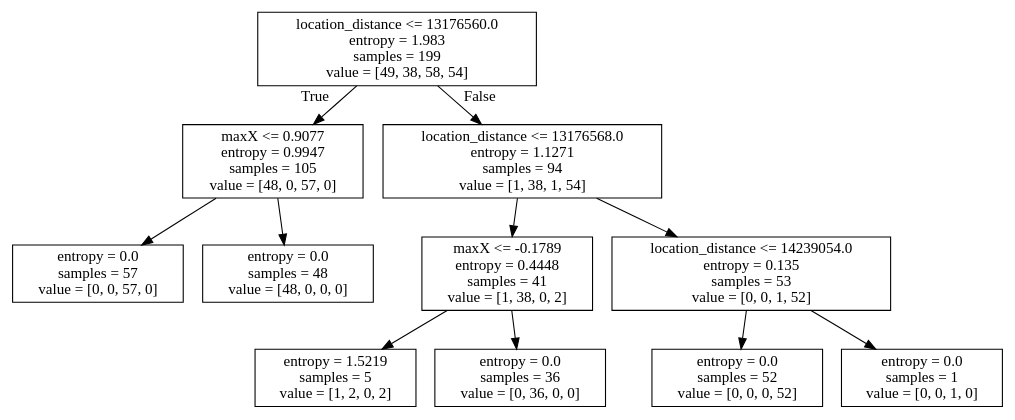
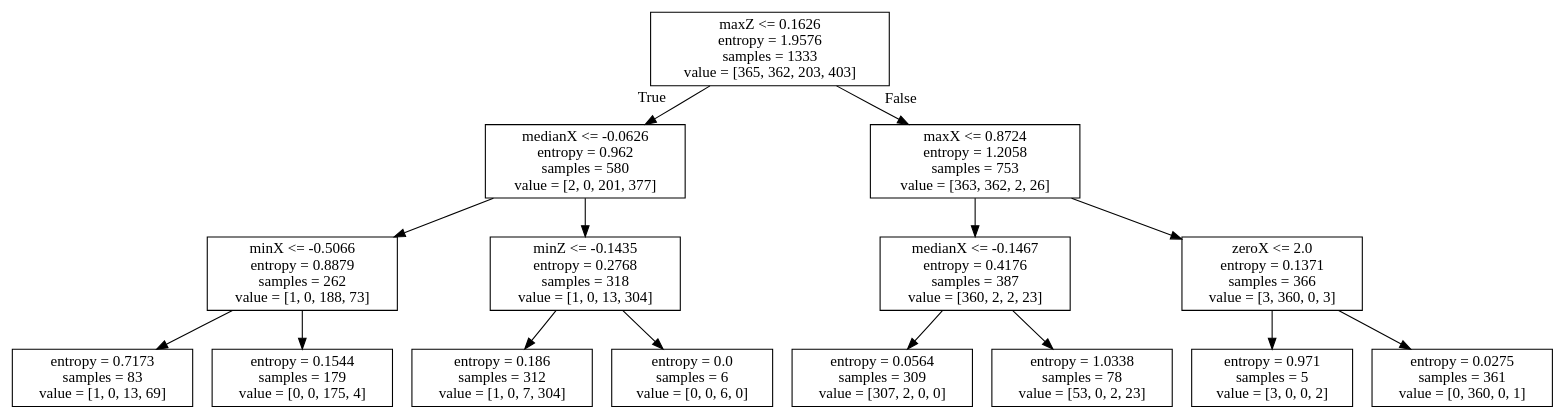
The diagram in tree.dot (juconghe/FinalProject), drawn with Graphviz before and after one commit. The commit also changed 2 other files, not shown here.

```diff
--- a/tree.dot
+++ b/tree.dot
@@ -1,24 +1,32 @@
 digraph Tree {
 node [shape=box] ;
-0 [label="location_distance <= 13176560.0\nentropy = 1.983\nsamples = 199\nvalue = [49, 38, 58, 54]"] ;
-1 [label="maxX <= 0.9077\nentropy = 0.9947\nsamples = 105\nvalue = [48, 0, 57, 0]"] ;
+0 [label="maxZ <= 0.1626\nentropy = 1.9576\nsamples = 1333\nvalue = [365, 362, 203, 403]"] ;
+1 [label="medianX <= -0.0626\nentropy = 0.962\nsamples = 580\nvalue = [2, 0, 201, 377]"] ;
 0 -> 1 [labeldistance=2.5, labelangle=45, headlabel="True"] ;
-2 [label="entropy = 0.0\nsamples = 57\nvalue = [0, 0, 57, 0]"] ;
+2 [label="minX <= -0.5066\nentropy = 0.8879\nsamples = 262\nvalue = [1, 0, 188, 73]"] ;
 1 -> 2 ;
-3 [label="entropy = 0.0\nsamples = 48\nvalue = [48, 0, 0, 0]"] ;
-1 -> 3 ;
-4 [label="location_distance <= 13176568.0\nentropy = 1.1271\nsamples = 94\nvalue = [1, 38, 1, 54]"] ;
-0 -> 4 [labeldistance=2.5, labelangle=-45, headlabel="False"] ;
-5 [label="maxX <= -0.1789\nentropy = 0.4448\nsamples = 41\nvalue = [1, 38, 0, 2]"] ;
-4 -> 5 ;
-6 [label="entropy = 1.5219\nsamples = 5\nvalue = [1, 2, 0, 2]"] ;
+3 [label="entropy = 0.7173\nsamples = 83\nvalue = [1, 0, 13, 69]"] ;
+2 -> 3 ;
+4 [label="entropy = 0.1544\nsamples = 179\nvalue = [0, 0, 175, 4]"] ;
+2 -> 4 ;
+5 [label="minZ <= -0.1435\nentropy = 0.2768\nsamples = 318\nvalue = [1, 0, 13, 304]"] ;
+1 -> 5 ;
+6 [label="entropy = 0.186\nsamples = 312\nvalue = [1, 0, 7, 304]"] ;
 5 -> 6 ;
-7 [label="entropy = 0.0\nsamples = 36\nvalue = [0, 36, 0, 0]"] ;
+7 [label="entropy = 0.0\nsamples = 6\nvalue = [0, 0, 6, 0]"] ;
 5 -> 7 ;
-8 [label="location_distance <= 14239054.0\nentropy = 0.135\nsamples = 53\nvalue = [0, 0, 1, 52]"] ;
-4 -> 8 ;
-9 [label="entropy = 0.0\nsamples = 52\nvalue = [0, 0, 0, 52]"] ;
+8 [label="maxX <= 0.8724\nentropy = 1.2058\nsamples = 753\nvalue = [363, 362, 2, 26]"] ;
+0 -> 8 [labeldistance=2.5, labelangle=-45, headlabel="False"] ;
+9 [label="medianX <= -0.1467\nentropy = 0.4176\nsamples = 387\nvalue = [360, 2, 2, 23]"] ;
 8 -> 9 ;
-10 [label="entropy = 0.0\nsamples = 1\nvalue = [0, 0, 1, 0]"] ;
-8 -> 10 ;
+10 [label="entropy = 0.0564\nsamples = 309\nvalue = [307, 2, 0, 0]"] ;
+9 -> 10 ;
+11 [label="entropy = 1.0338\nsamples = 78\nvalue = [53, 0, 2, 23]"] ;
+9 -> 11 ;
+12 [label="zeroX <= 2.0\nentropy = 0.1371\nsamples = 366\nvalue = [3, 360, 0, 3]"] ;
+8 -> 12 ;
+13 [label="entropy = 0.971\nsamples = 5\nvalue = [3, 0, 0, 2]"] ;
+12 -> 13 ;
+14 [label="entropy = 0.0275\nsamples = 361\nvalue = [0, 360, 0, 1]"] ;
+12 -> 14 ;
 }
```
